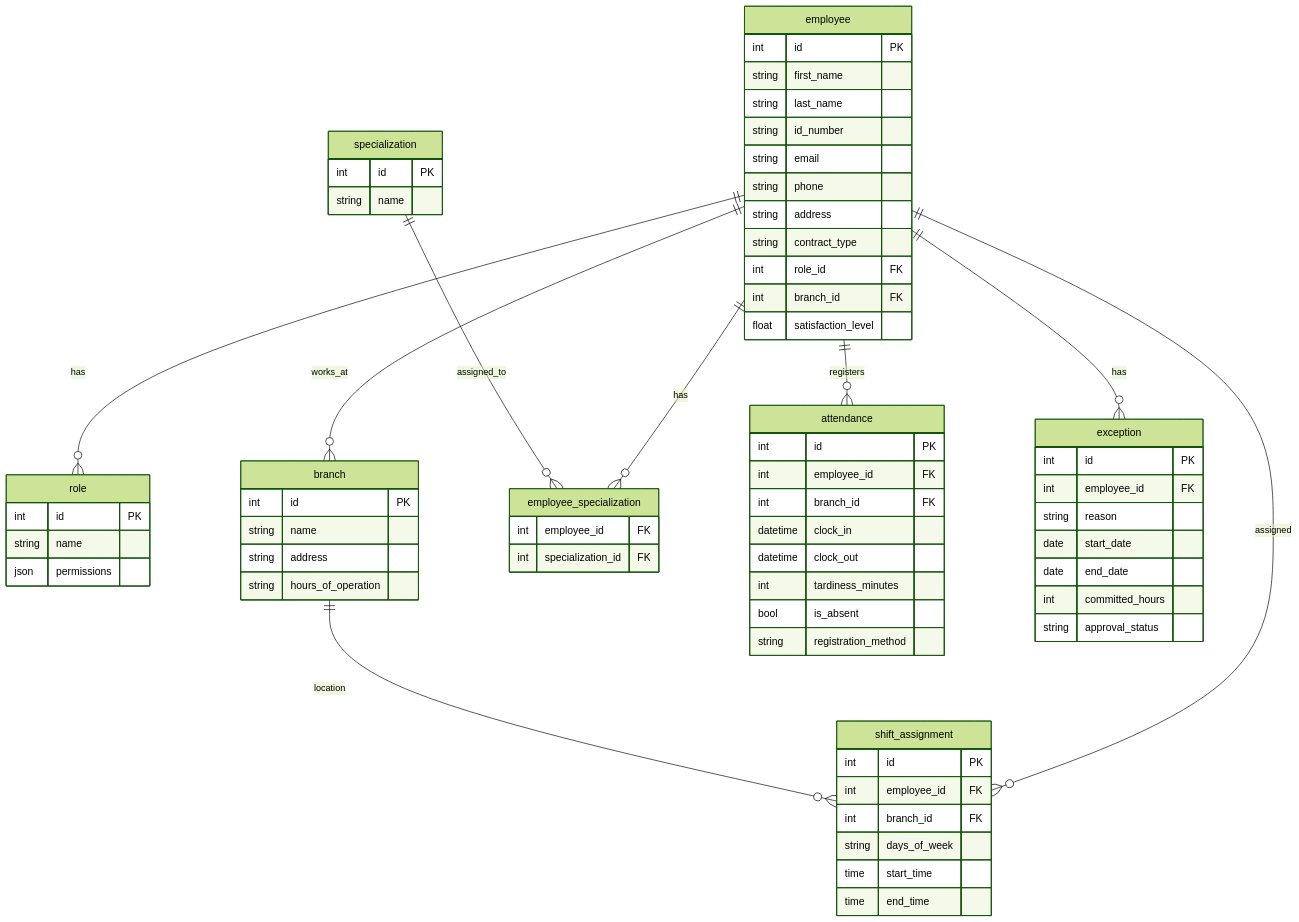
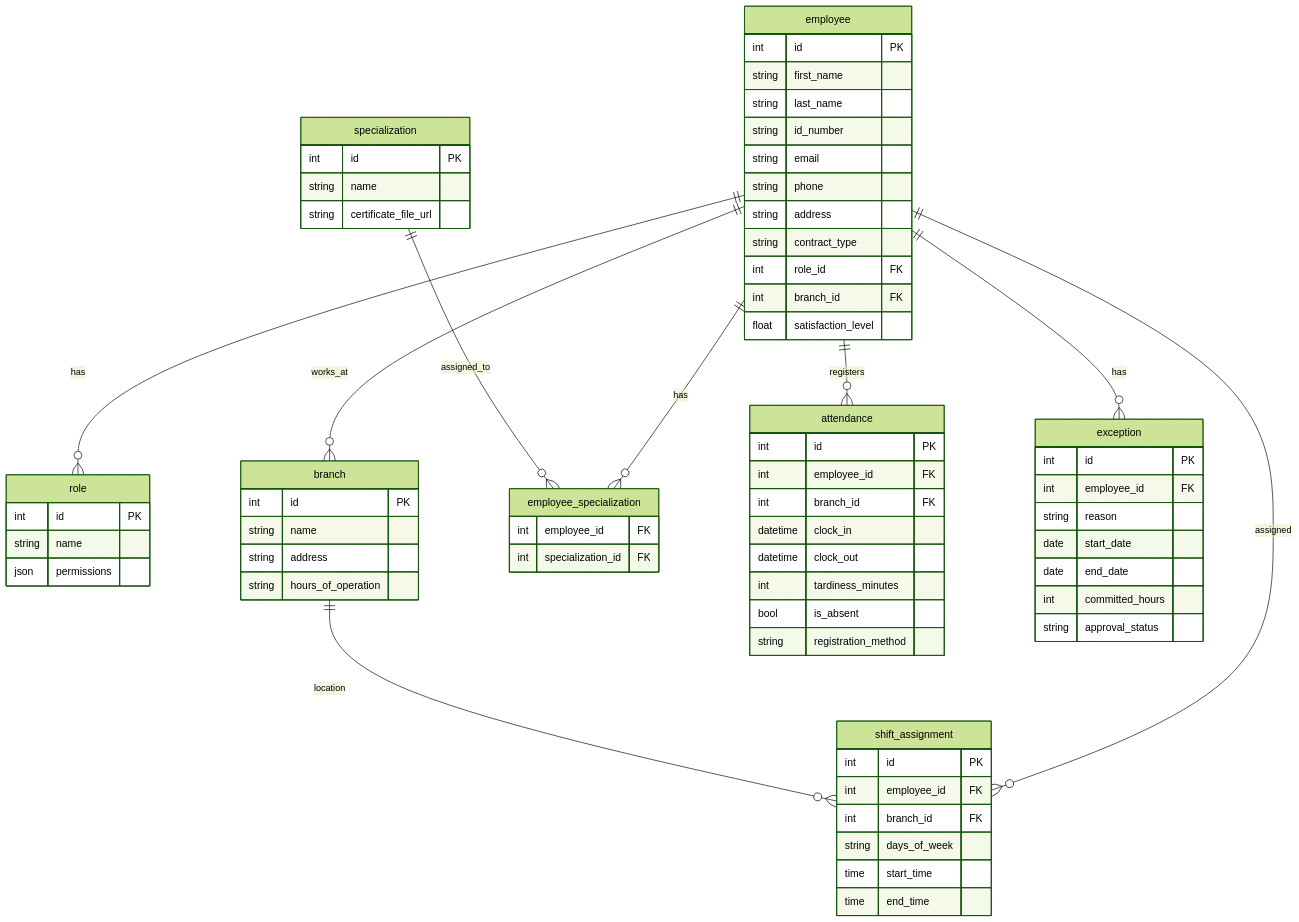
Before and after one commit to KODA-pe/architecture-docs: the diagram in databases/personal-service-db.md, drawn with Mermaid (forest theme). The commit also changed other lines of this file, not shown here.

Commit message:
docs: add specialization row for store certificaates

````diff
--- a/databases/personal-service-db.md
+++ b/databases/personal-service-db.md
@@ -3,78 +3,79 @@
 ```mermaid
 erDiagram
     employee {
         int id PK
         string first_name
         string last_name
         string id_number
         string email
         string phone
         string address
         string contract_type
         int role_id FK
         int branch_id FK
         float satisfaction_level
     }
 
     role {
         int id PK
         string name
         json permissions
     }
 
     branch {
         int id PK
         string name
         string address
         string hours_of_operation
     }
 
     specialization {
         int id PK
         string name
+        string certificate_file_url 
     }
 
     employee_specialization {
         int employee_id FK
         int specialization_id FK
     }
 
     shift_assignment {
         int id PK
         int employee_id FK
         int branch_id FK
         string days_of_week
         time start_time
         time end_time
     }
 
     attendance {
         int id PK
         int employee_id FK
         int branch_id FK
         datetime clock_in
         datetime clock_out
         int tardiness_minutes
         bool is_absent
         string registration_method
     }
 
     exception {
         int id PK
         int employee_id FK
         string reason
         date start_date
         date end_date
         int committed_hours
         string approval_status
     }
 
     employee ||--o{ branch : "works_at"
     employee ||--o{ role : "has"
     employee ||--o{ employee_specialization : "has"
     specialization ||--o{ employee_specialization : "assigned_to"
     employee ||--o{ shift_assignment : "assigned"
     branch ||--o{ shift_assignment : "location"
     employee ||--o{ attendance : "registers"
     employee ||--o{ exception : "has"
 ```
````
